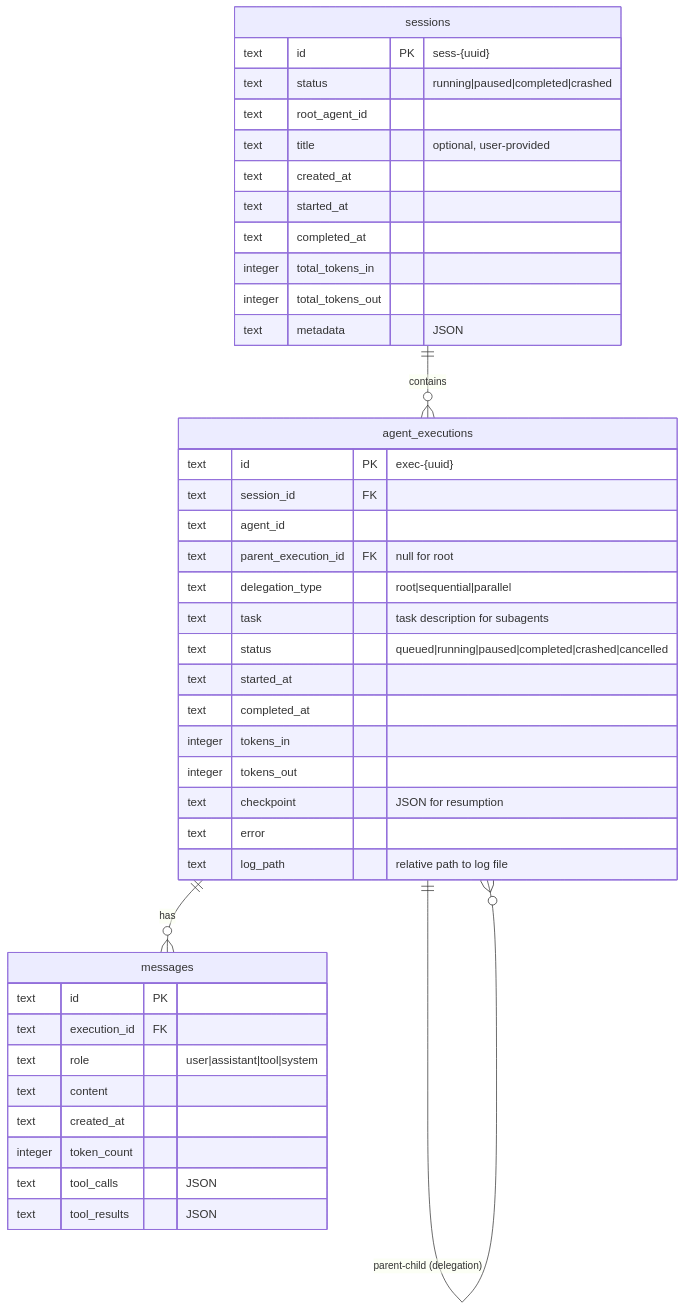
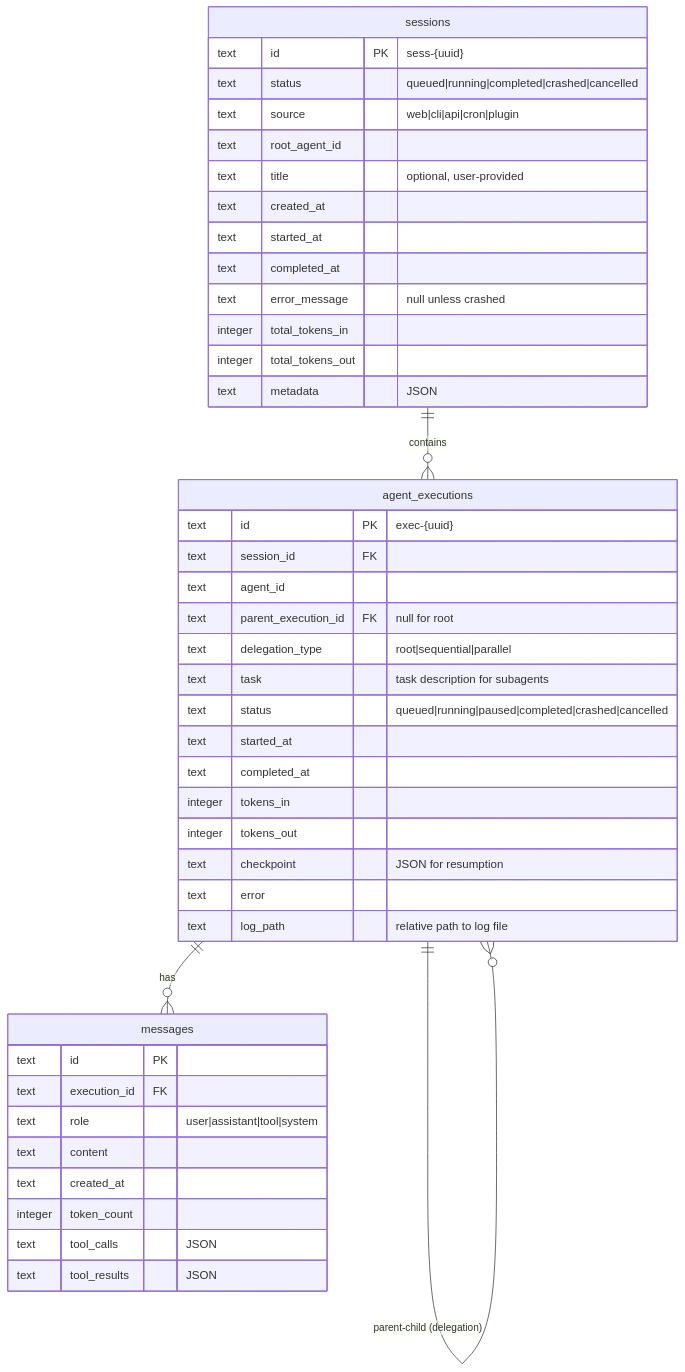
The diagram in memory-bank/data-model.md (phanijapps/zbot), drawn with Mermaid before and after one commit. The commit also changed other lines of this file and 71 other files, not shown here.

````diff
--- a/memory-bank/data-model.md
+++ b/memory-bank/data-model.md
@@ -7,47 +7,49 @@
 ```mermaid
 erDiagram
     sessions ||--o{ agent_executions : contains
     agent_executions ||--o{ agent_executions : "parent-child (delegation)"
     agent_executions ||--o{ messages : has
 
     sessions {
         text id PK "sess-{uuid}"
-        text status "running|paused|completed|crashed"
+        text status "queued|running|completed|crashed|cancelled"
+        text source "web|cli|api|cron|plugin"
         text root_agent_id
         text title "optional, user-provided"
         text created_at
         text started_at
         text completed_at
+        text error_message "null unless crashed"
         integer total_tokens_in
         integer total_tokens_out
         text metadata "JSON"
     }
 
     agent_executions {
         text id PK "exec-{uuid}"
         text session_id FK
         text agent_id
         text parent_execution_id FK "null for root"
         text delegation_type "root|sequential|parallel"
         text task "task description for subagents"
         text status "queued|running|paused|completed|crashed|cancelled"
         text started_at
         text completed_at
         integer tokens_in
         integer tokens_out
         text checkpoint "JSON for resumption"
         text error
         text log_path "relative path to log file"
     }
 
     messages {
         text id PK
         text execution_id FK
         text role "user|assistant|tool|system"
         text content
         text created_at
         integer token_count
         text tool_calls "JSON"
         text tool_results "JSON"
     }
 ```
````
